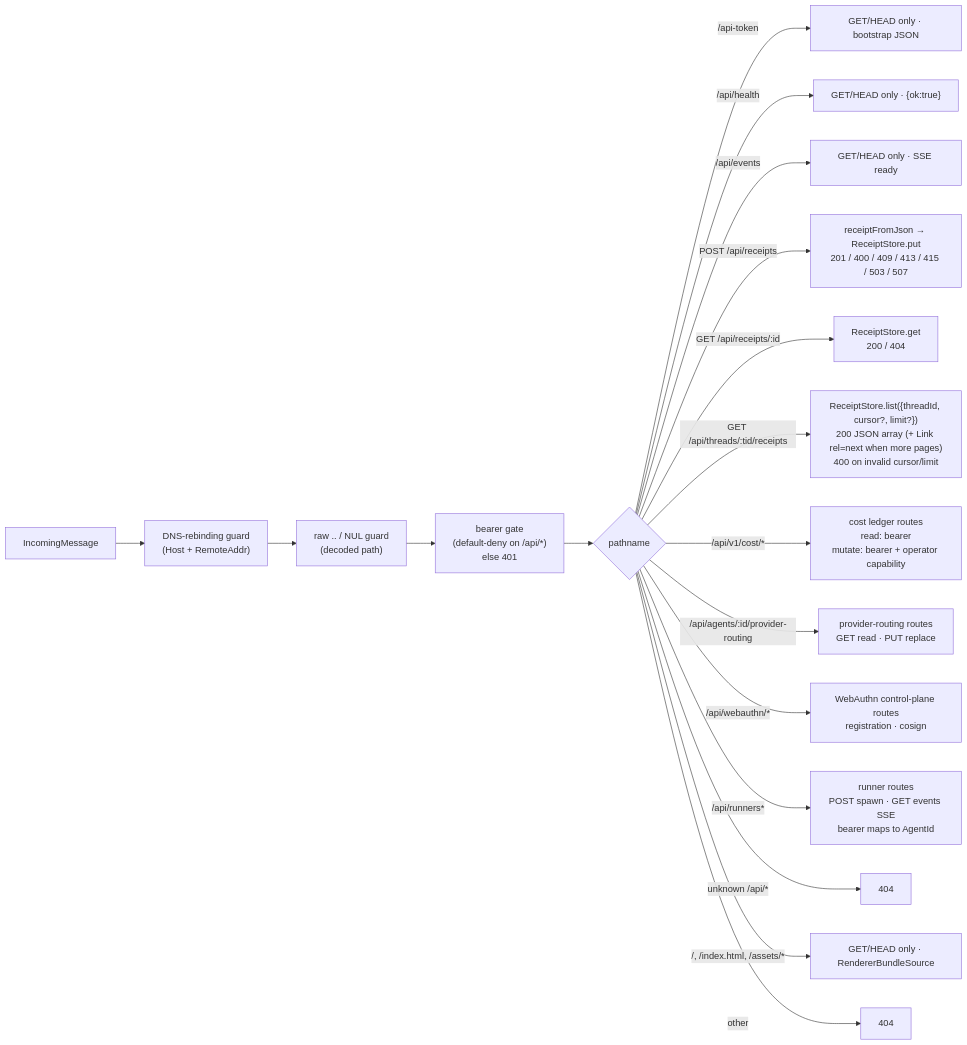
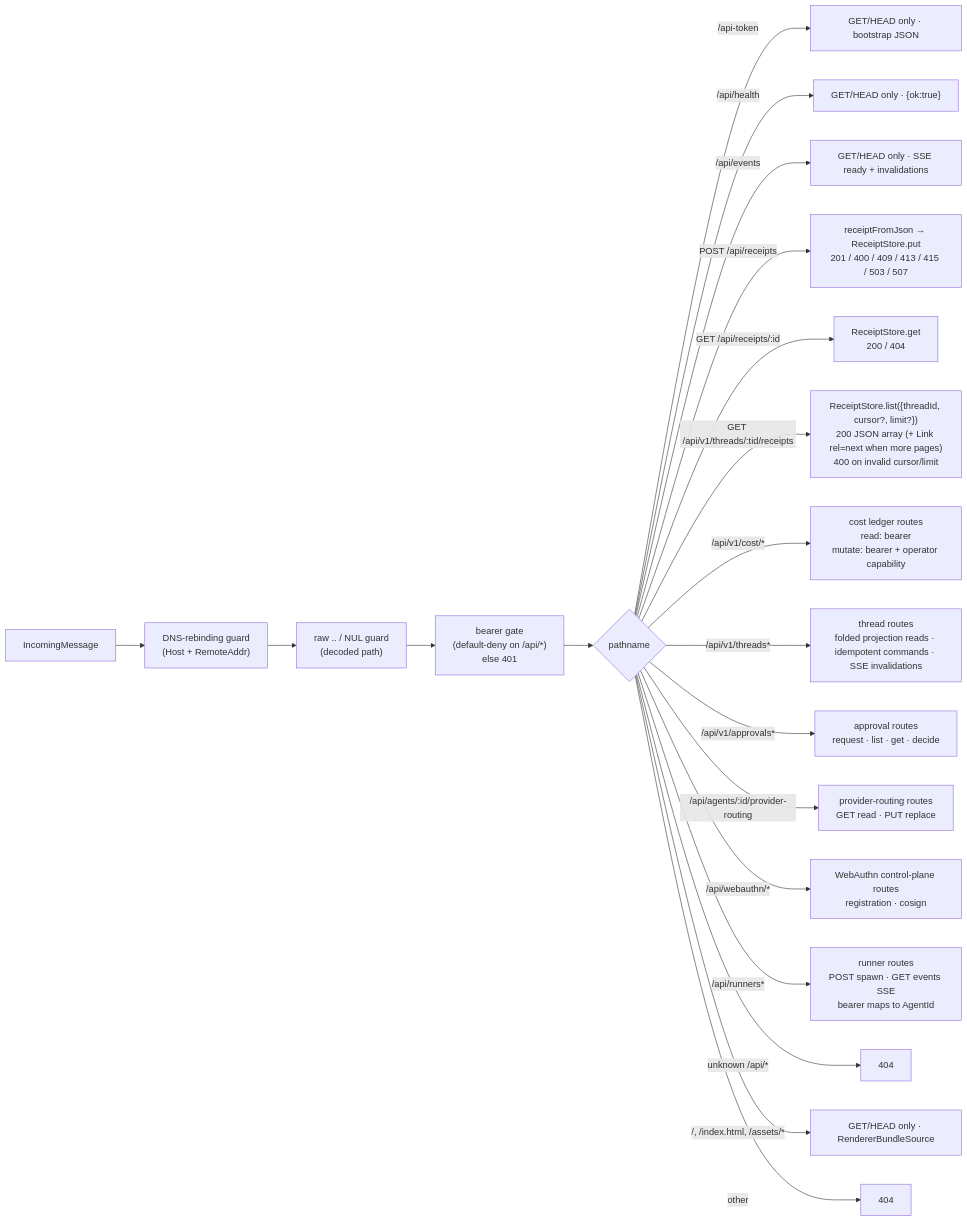
One commit to lguzzon-scratchbook/wuphf changed the diagram in packages/broker/docs/modules/listener.md. Above: the diagram before and after it, drawn with Mermaid. The commit also changed other lines of this file and 80 other files, not shown here.

First line of the commit message:
feat: thread-as-work-item — threads, explicit approvals, pinned approvals + effective status (#916)

````diff
--- a/packages/broker/docs/modules/listener.md
+++ b/packages/broker/docs/modules/listener.md
@@ -17,20 +17,22 @@
 ```mermaid
 flowchart LR
   req["IncomingMessage"] --> guard["DNS-rebinding guard<br/>(Host + RemoteAddr)"]
   guard --> traversal["raw .. / NUL guard<br/>(decoded path)"]
   traversal --> auth["bearer gate<br/>(default-deny on /api/*)<br/>else 401"]
   auth --> dispatch{"pathname"}
   dispatch -- "/api-token" --> bootstrap["GET/HEAD only · bootstrap JSON"]
   dispatch -- "/api/health" --> health["GET/HEAD only · {ok:true}"]
-  dispatch -- "/api/events" --> events["GET/HEAD only · SSE ready"]
+  dispatch -- "/api/events" --> events["GET/HEAD only · SSE ready + invalidations"]
   dispatch -- "POST /api/receipts" --> create["receiptFromJson → ReceiptStore.put<br/>201 / 400 / 409 / 413 / 415 / 503 / 507"]
   dispatch -- "GET /api/receipts/:id" --> read["ReceiptStore.get<br/>200 / 404"]
-  dispatch -- "GET /api/threads/:tid/receipts" --> list["ReceiptStore.list({threadId, cursor?, limit?})<br/>200 JSON array (+ Link rel=next when more pages)<br/>400 on invalid cursor/limit"]
+  dispatch -- "GET /api/v1/threads/:tid/receipts" --> list["ReceiptStore.list({threadId, cursor?, limit?})<br/>200 JSON array (+ Link rel=next when more pages)<br/>400 on invalid cursor/limit"]
   dispatch -- "/api/v1/cost/*" --> cost["cost ledger routes<br/>read: bearer<br/>mutate: bearer + operator capability"]
+  dispatch -- "/api/v1/threads*" --> threads["thread routes<br/>folded projection reads · idempotent commands · SSE invalidations"]
+  dispatch -- "/api/v1/approvals*" --> approvals["approval routes<br/>request · list · get · decide"]
   dispatch -- "/api/agents/:id/provider-routing" --> routing["provider-routing routes<br/>GET read · PUT replace"]
   dispatch -- "/api/webauthn/*" --> webauthn["WebAuthn control-plane routes<br/>registration · cosign"]
   dispatch -- "/api/runners*" --> runners["runner routes<br/>POST spawn · GET events SSE<br/>bearer maps to AgentId"]
   dispatch -- "unknown /api/*" --> apinotfound["404"]
   dispatch -- "/, /index.html, /assets/*" --> static["GET/HEAD only · RendererBundleSource"]
   dispatch -- "other" --> notfound["404"]
 ```
````
